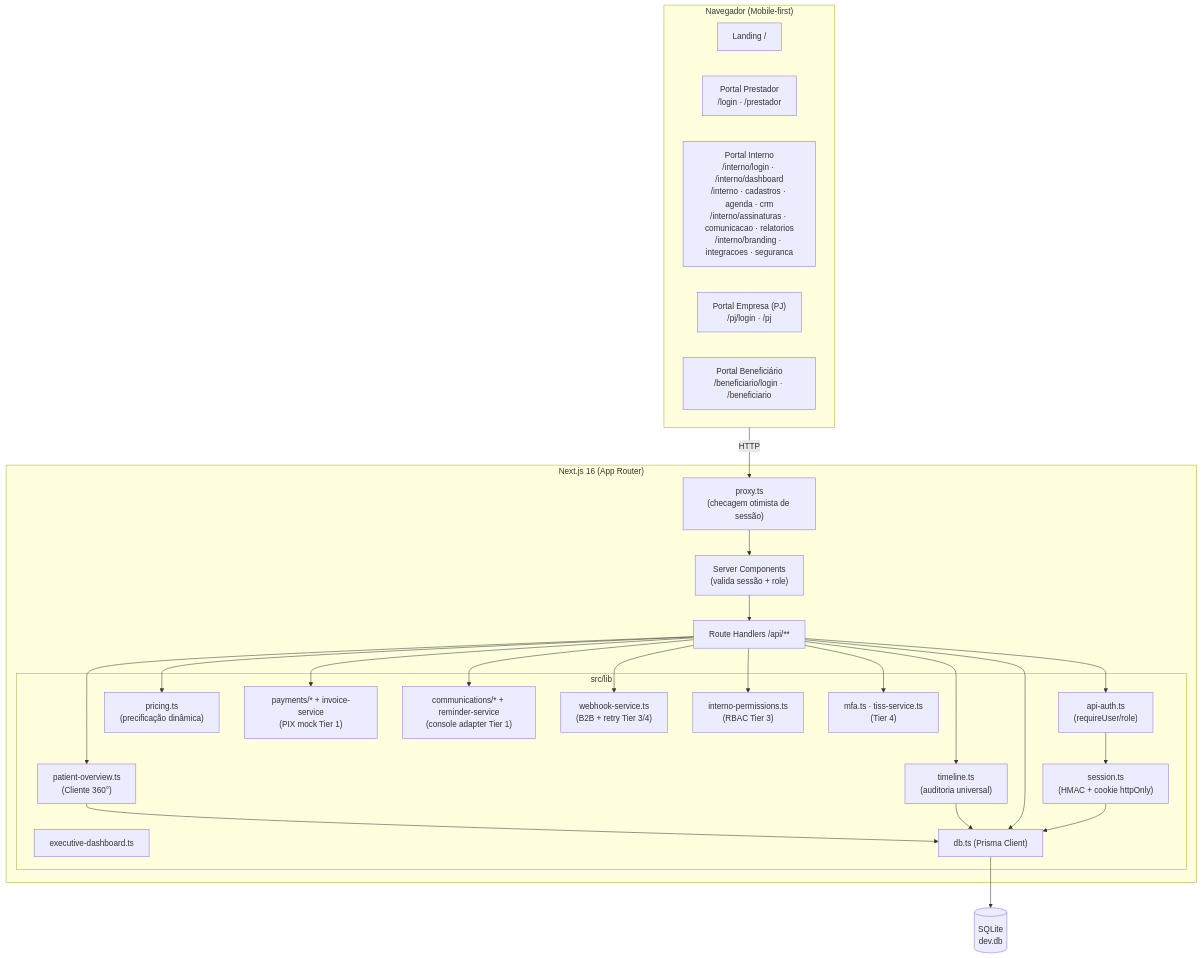
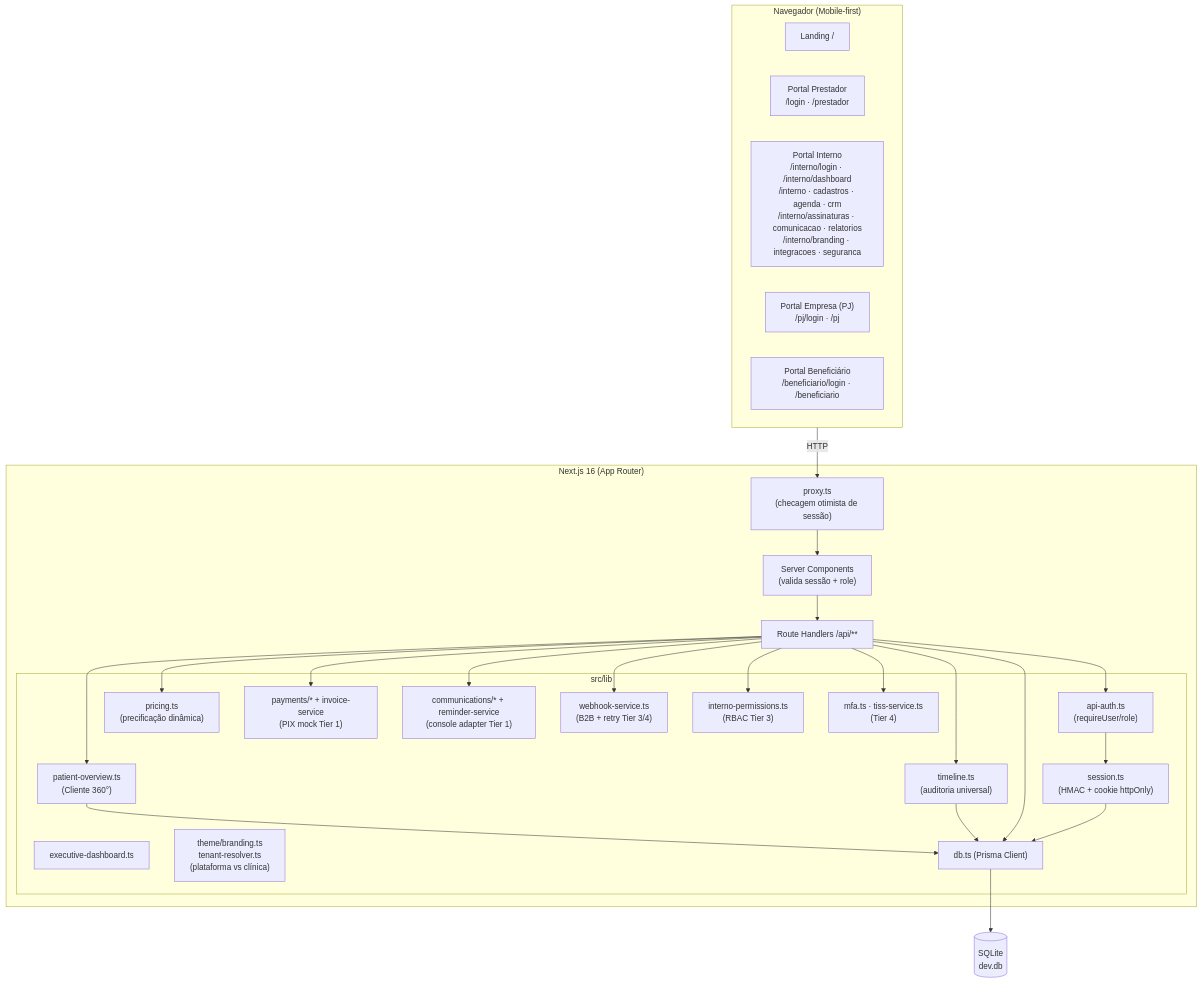
One commit to Piulres/sistema-bibi changed the first of 11 diagrams in docs/ARQUITETURA.md. Above: the diagram before and after it, drawn with Mermaid. The commit also changed other lines of this file and 5 other files, not shown here.

First line of the commit message:
docs: separar identidade plataforma vs tenant clínico

````diff
--- a/docs/ARQUITETURA.md
+++ b/docs/ARQUITETURA.md
@@ -20,46 +20,47 @@
 ```mermaid
 flowchart TB
   subgraph Cliente["Navegador (Mobile-first)"]
     Land["Landing /"]
     PortP["Portal Prestador<br/>/login · /prestador"]
     PortI["Portal Interno<br/>/interno/login · /interno/dashboard<br/>/interno · cadastros · agenda · crm<br/>/interno/assinaturas · comunicacao · relatorios<br/>/interno/branding · integracoes · seguranca"]
     PortPJ["Portal Empresa (PJ)<br/>/pj/login · /pj"]
     PortBen["Portal Beneficiário<br/>/beneficiario/login · /beneficiario"]
   end
 
   subgraph Next["Next.js 16 (App Router)"]
     Proxy["proxy.ts<br/>(checagem otimista de sessão)"]
     Pages["Server Components<br/>(valida sessão + role)"]
     API["Route Handlers /api/**"]
     subgraph Lib["src/lib"]
       Sess["session.ts<br/>(HMAC + cookie httpOnly)"]
       Auth["api-auth.ts<br/>(requireUser/role)"]
       Price["pricing.ts<br/>(precificação dinâmica)"]
       Overview["patient-overview.ts<br/>(Cliente 360°)"]
       Timeline["timeline.ts<br/>(auditoria universal)"]
       Payments["payments/* + invoice-service<br/>(PIX mock Tier 1)"]
       Comms["communications/* + reminder-service<br/>(console adapter Tier 1)"]
       Webhooks["webhook-service.ts<br/>(B2B + retry Tier 3/4)"]
       RBAC["interno-permissions.ts<br/>(RBAC Tier 3)"]
       MFA["mfa.ts · tiss-service.ts<br/>(Tier 4)"]
       Dashboard["executive-dashboard.ts"]
+      Branding["theme/branding.ts<br/>tenant-resolver.ts<br/>(plataforma vs clínica)"]
       DB["db.ts (Prisma Client)"]
     end
   end
 
   SQLite[("SQLite<br/>dev.db")]
 
   Cliente -->|HTTP| Proxy --> Pages
   Pages --> API
   API --> Auth --> Sess
   API --> Price
   API --> Overview --> DB
   API --> Timeline --> DB
   API --> Payments
   API --> Comms
   API --> Webhooks
   API --> RBAC
   API --> MFA
   API --> DB --> SQLite
   Sess --> DB
 ```
````
